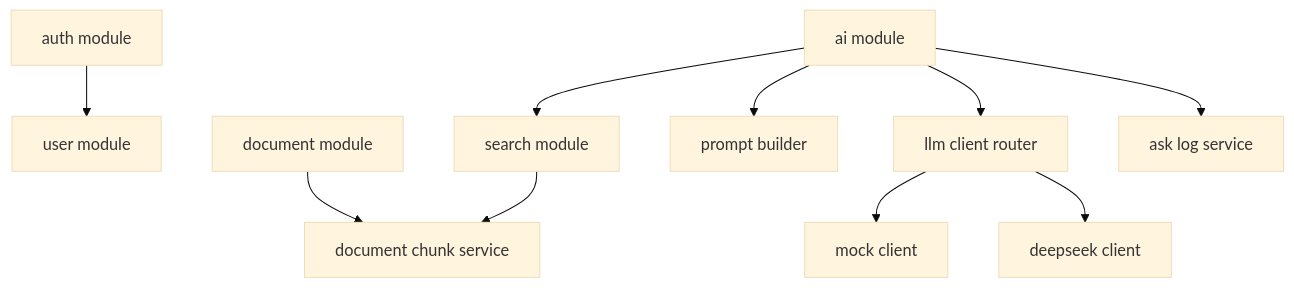
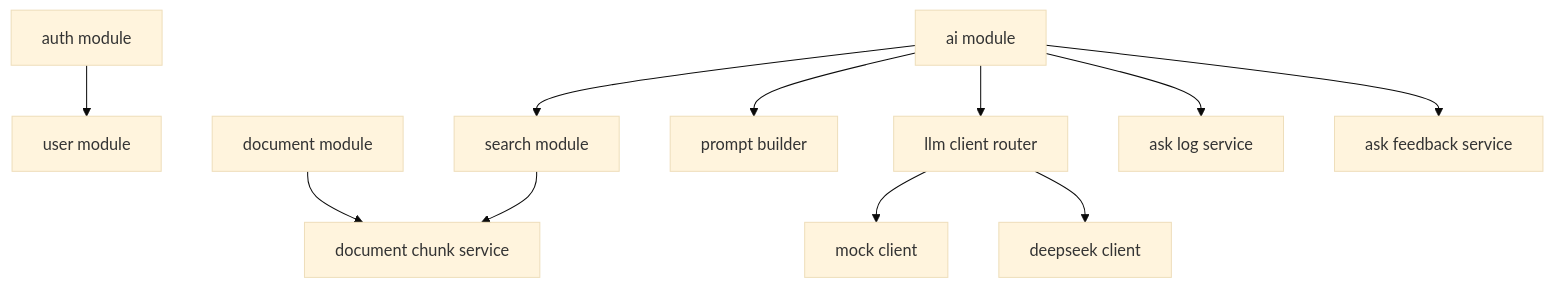
One commit to wwjorker/devmind-backend changed the first of 3 diagrams in docs/architecture.md. Above: the diagram before and after it, drawn with Mermaid (base theme). The commit also changed other lines of this file and 11 other files, not shown here.

Commit message:
feat: add AI ask feedback for bad cases

````diff
--- a/docs/architecture.md
+++ b/docs/architecture.md
@@ -9,12 +9,13 @@
 ```mermaid
 flowchart TB
     Auth["auth module"] --> User["user module"]
     Document["document module"] --> Chunk["document chunk service"]
     Search["search module"] --> Chunk
     AI["ai module"] --> Search
     AI --> Prompt["prompt builder"]
     AI --> LLM["llm client router"]
     AI --> Log["ask log service"]
+    AI --> Feedback["ask feedback service"]
     LLM --> Mock["mock client"]
     LLM --> DeepSeek["deepseek client"]
 ```
````
